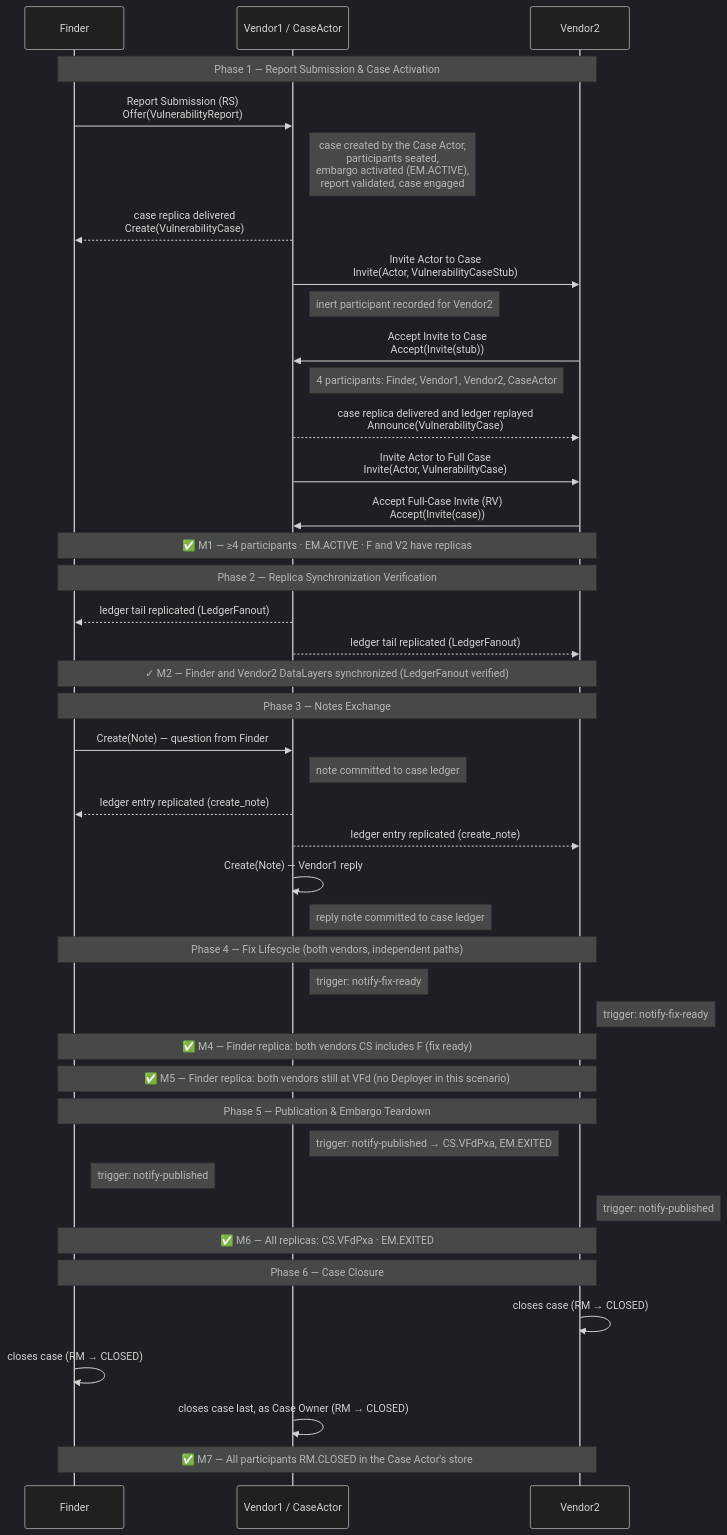
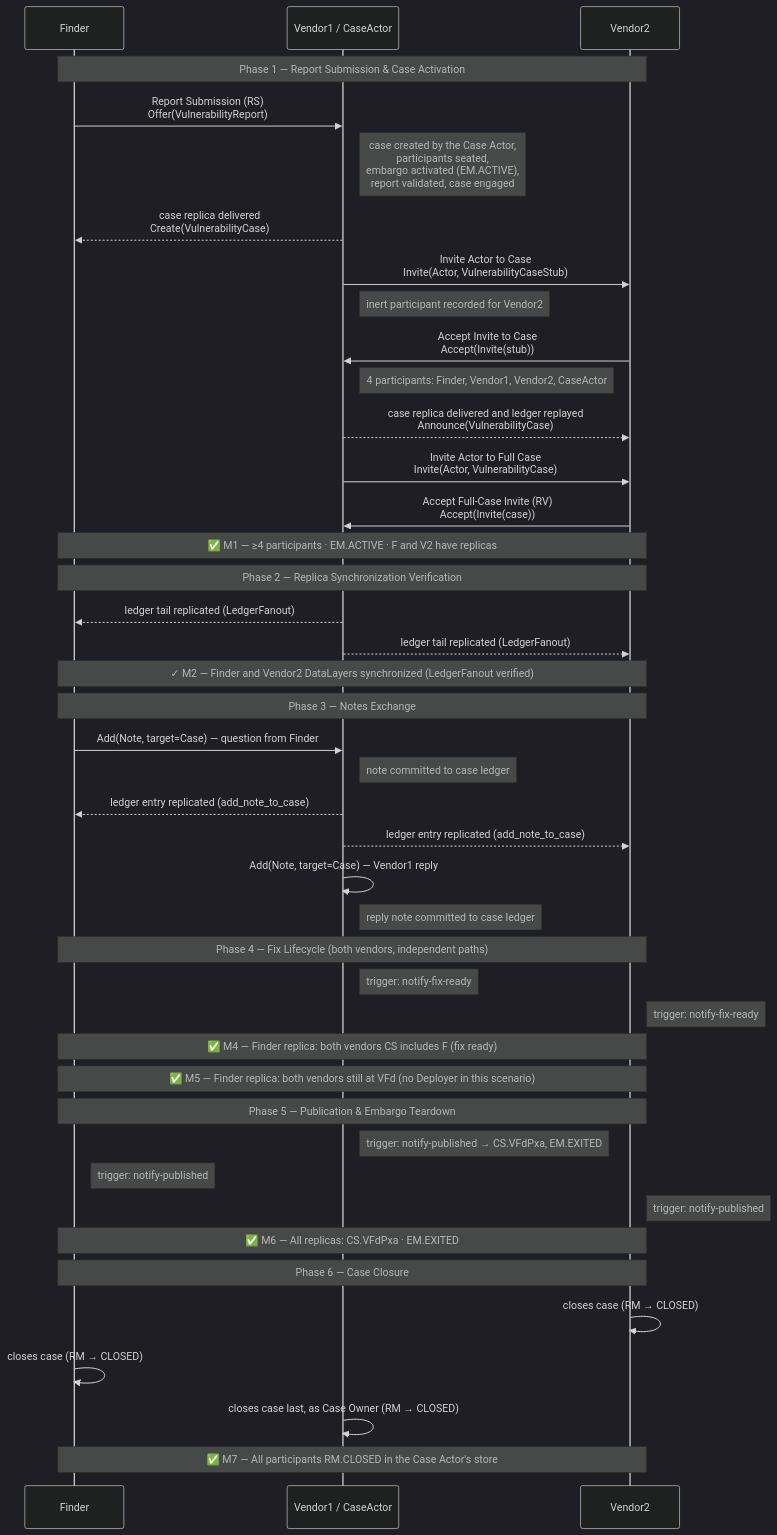
One commit to CERTCC/Vultron changed the diagram in docs/howto/demos/fvv-demo.md. Above: the diagram before and after it, drawn with Mermaid (dark theme). The commit also changed other lines of this file and 62 other files, not shown here.

````diff
--- a/docs/howto/demos/fvv-demo.md
+++ b/docs/howto/demos/fvv-demo.md
@@ -76,57 +76,57 @@
 ```mermaid
 sequenceDiagram
     participant F as Finder
     participant V1 as Vendor1 / CaseActor
     participant V2 as Vendor2
 
     note over F,V2: Phase 1 — Report Submission & Case Activation
 
     F->>V1: Report Submission (RS)<br/>Offer(VulnerabilityReport)
     note right of V1: case created by the Case Actor,<br/>participants seated,<br/>embargo activated (EM.ACTIVE),<br/>report validated, case engaged
     V1-->>F: case replica delivered<br/>Create(VulnerabilityCase)
     V1->>V2: Invite Actor to Case<br/>Invite(Actor, VulnerabilityCaseStub)
     note right of V1: inert participant recorded for Vendor2
     V2->>V1: Accept Invite to Case<br/>Accept(Invite(stub))
     note right of V1: 4 participants: Finder, Vendor1, Vendor2, CaseActor
     V1-->>V2: case replica delivered and ledger replayed<br/>Announce(VulnerabilityCase)
     V1->>V2: Invite Actor to Full Case<br/>Invite(Actor, VulnerabilityCase)
     V2->>V1: Accept Full-Case Invite (RV)<br/>Accept(Invite(case))
 
     note over F,V2: ✅ M1 — ≥4 participants · EM.ACTIVE · F and V2 have replicas
 
     note over F,V2: Phase 2 — Replica Synchronization Verification
 
     V1-->>F: ledger tail replicated (LedgerFanout)
     V1-->>V2: ledger tail replicated (LedgerFanout)
     note over F,V2: ✓ M2 — Finder and Vendor2 DataLayers synchronized (LedgerFanout verified)
 
     note over F,V2: Phase 3 — Notes Exchange
 
-    F->>V1: Create(Note) — question from Finder
+    F->>V1: Add(Note, target=Case) — question from Finder
     note right of V1: note committed to case ledger
-    V1-->>F: ledger entry replicated (create_note)
-    V1-->>V2: ledger entry replicated (create_note)
-    V1->>V1: Create(Note) — Vendor1 reply
+    V1-->>F: ledger entry replicated (add_note_to_case)
+    V1-->>V2: ledger entry replicated (add_note_to_case)
+    V1->>V1: Add(Note, target=Case) — Vendor1 reply
     note right of V1: reply note committed to case ledger
 
     note over F,V2: Phase 4 — Fix Lifecycle (both vendors, independent paths)
 
     note right of V1: trigger: notify-fix-ready
     note right of V2: trigger: notify-fix-ready
     note over F,V2: ✅ M4 — Finder replica: both vendors CS includes F (fix ready)
     note over F,V2: ✅ M5 — Finder replica: both vendors still at VFd (no Deployer in this scenario)
 
     note over F,V2: Phase 5 — Publication & Embargo Teardown
 
     note right of V1: trigger: notify-published → CS.VFdPxa, EM.EXITED
     note right of F: trigger: notify-published
     note right of V2: trigger: notify-published
     note over F,V2: ✅ M6 — All replicas: CS.VFdPxa · EM.EXITED
 
     note over F,V2: Phase 6 — Case Closure
 
     V2->>V2: closes case (RM → CLOSED)
     F->>F: closes case (RM → CLOSED)
     V1->>V1: closes case last, as Case Owner (RM → CLOSED)
     note over F,V2: ✅ M7 — All participants RM.CLOSED in the Case Actor's store
 ```
````
